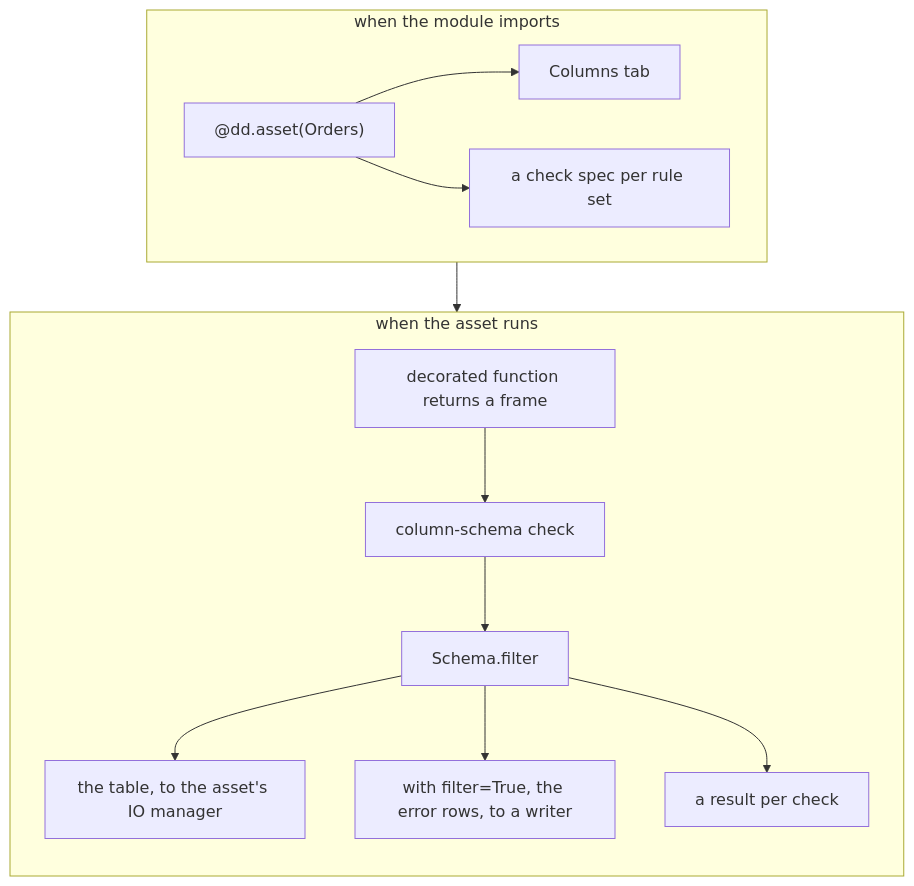
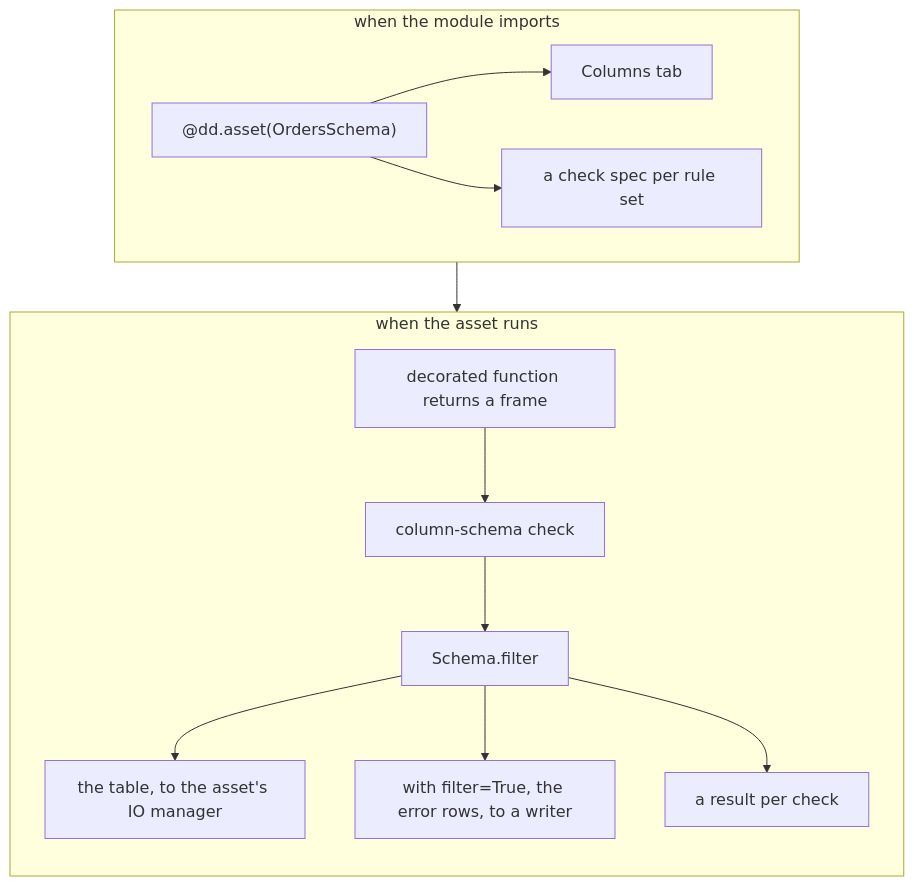
The diagram in user_guide/declaring-an-asset.qmd (ozanozbeker/dagster-dataframely), drawn with Mermaid before and after one commit. The commit also changed other lines of this file and 59 other files, not shown here.

First line of the commit message:
feat!: ship the example schema in dd.data and name every schema with the Schema suffix

````diff
--- a/user_guide/declaring-an-asset.qmd
+++ b/user_guide/declaring-an-asset.qmd
@@ -38,17 +38,17 @@
 ```{mermaid}
 %%| label: declaring-an-asset-diagram
 flowchart TB
     subgraph load["when the module imports"]
-        D["@dd.asset(Orders)"] --> T["Columns tab"]
+        D["@dd.asset(OrdersSchema)"] --> T["Columns tab"]
         D --> C["a check spec per rule set"]
     end
     subgraph run["when the asset runs"]
         direction TB
         F["decorated function returns a frame"] --> CS["column-schema check"]
         CS --> FL["Schema.filter"]
         FL --> V["the table, to the asset's IO manager"]
         FL --> I["with filter=True, the error rows, to a writer"]
         FL --> R["a result per check"]
     end
     load --> run
 ```
````
